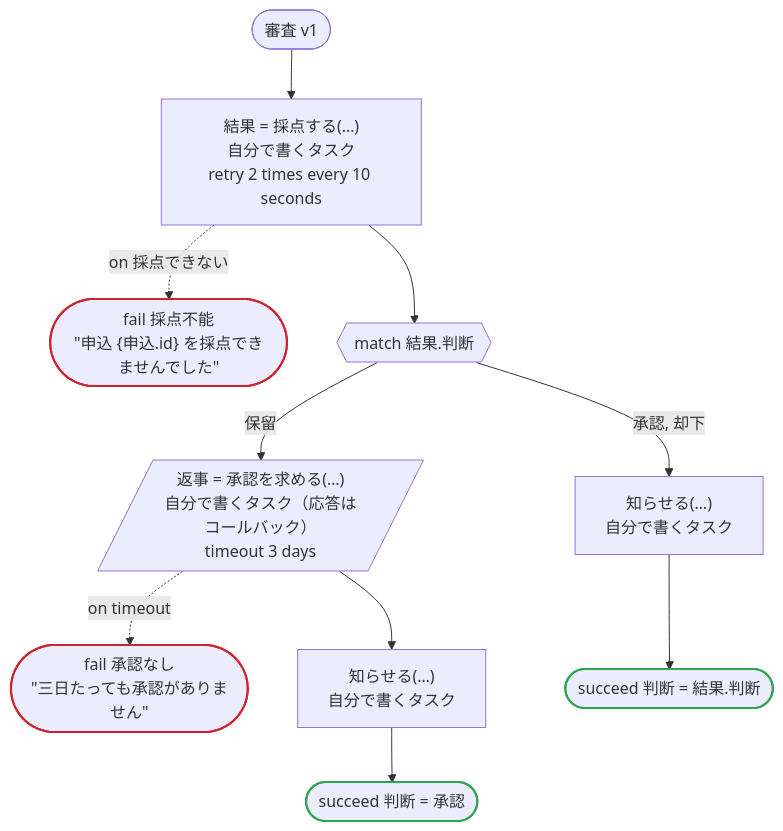
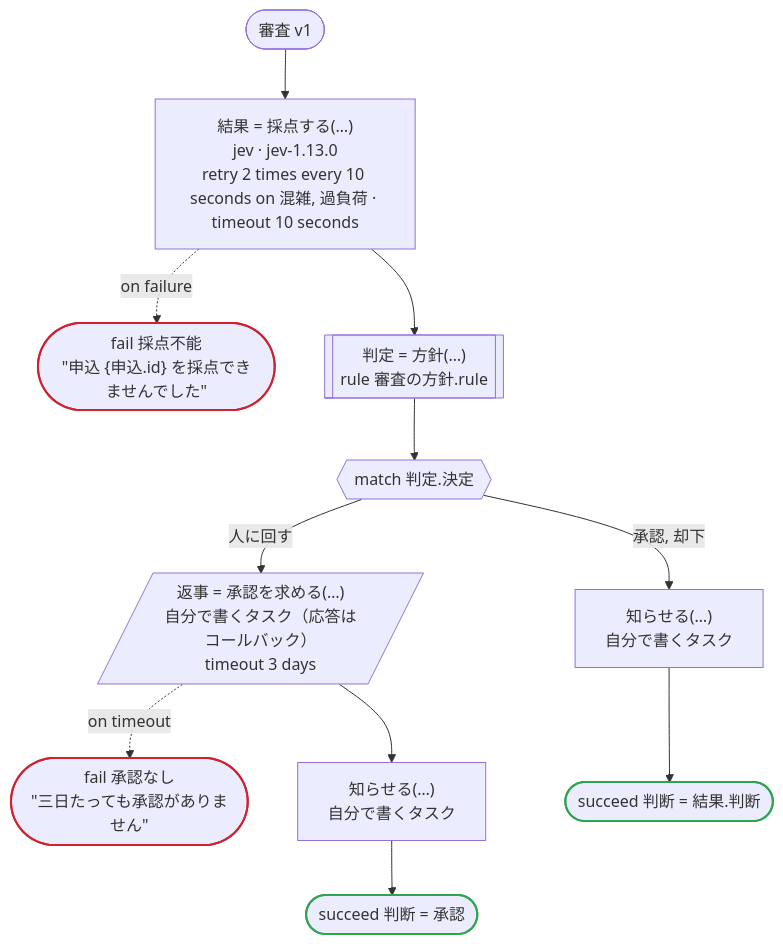
The diagram in crates/dandori/tests/doc/examples-review-temporal-review-ja.ja.md (i2y/ritsu), drawn with Mermaid before and after one commit. The commit also changed other lines of this file and 143 other files, not shown here.

````diff
--- a/crates/dandori/tests/doc/examples-review-temporal-review-ja.ja.md
+++ b/crates/dandori/tests/doc/examples-review-temporal-review-ja.ja.md
@@ -9,26 +9,28 @@
 ```mermaid
 flowchart TD
     start(["審査 v1"])
-    s1["結果 = 採点する(…)<br>自分で書くタスク<br>retry 2 times every 10 seconds"]
+    s1["結果 = 採点する(…)<br>jev · jev-1.13.0<br>retry 2 times every 10 seconds on 混雑, 過負荷 · timeout 10 seconds"]
     s2(["fail 採点不能<br>#quot;申込 {申込.id} を採点できませんでした#quot;"])
-    s3{{"match 結果.判断"}}
-    s5[/"返事 = 承認を求める(…)<br>自分で書くタスク（応答はコールバック）<br>timeout 3 days"/]
-    s6(["fail 承認なし<br>#quot;三日たっても承認がありません#quot;"])
-    s7["知らせる(…)<br>自分で書くタスク"]
-    s8(["succeed 判断 = 承認"])
-    s9["知らせる(…)<br>自分で書くタスク"]
-    s10(["succeed 判断 = 結果.判断"])
+    s3[["判定 = 方針(…)<br>rule 審査の方針.rule"]]
+    s4{{"match 判定.決定"}}
+    s6[/"返事 = 承認を求める(…)<br>自分で書くタスク（応答はコールバック）<br>timeout 3 days"/]
+    s7(["fail 承認なし<br>#quot;三日たっても承認がありません#quot;"])
+    s8["知らせる(…)<br>自分で書くタスク"]
+    s9(["succeed 判断 = 承認"])
+    s10["知らせる(…)<br>自分で書くタスク"]
+    s11(["succeed 判断 = 結果.判断"])
     start --> s1
-    s1 -.->|"on 採点できない"| s2
+    s1 -.->|"on failure"| s2
     s1 --> s3
-    s3 -->|"保留"| s5
-    s5 -.->|"on timeout"| s6
-    s5 --> s7
-    s7 --> s8
-    s3 -->|"承認, 却下"| s9
-    s9 --> s10
+    s3 --> s4
+    s4 -->|"人に回す"| s6
+    s6 -.->|"on timeout"| s7
+    s6 --> s8
+    s8 --> s9
+    s4 -->|"承認, 却下"| s10
+    s10 --> s11
     classDef ok stroke:#2da44e,stroke-width:2px
     classDef bad stroke:#cf222e,stroke-width:2px
-    class s8,s10 ok
-    class s2,s6 bad
+    class s9,s11 ok
+    class s2,s7 bad
 ```
````
